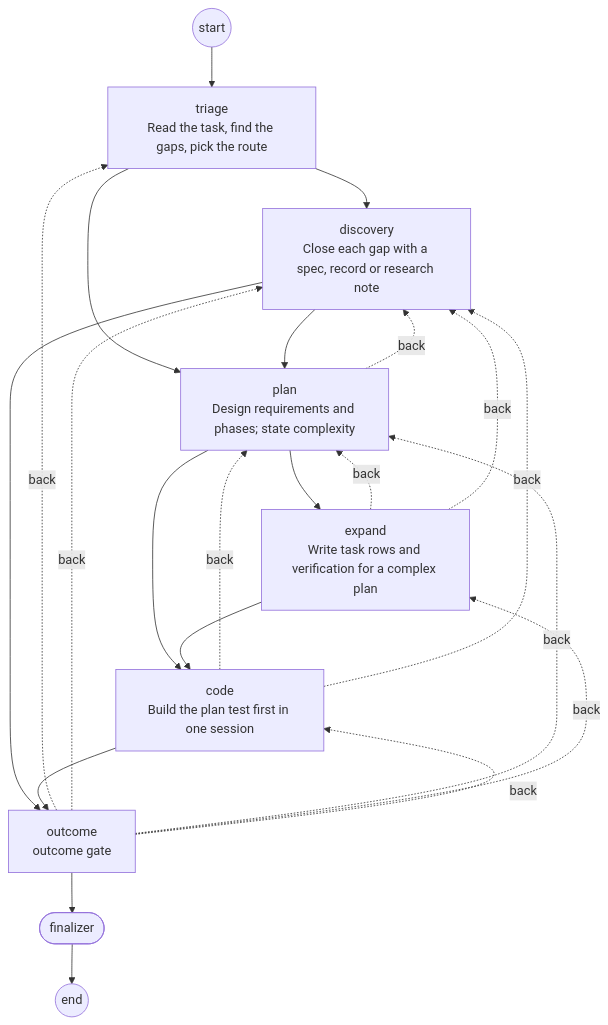
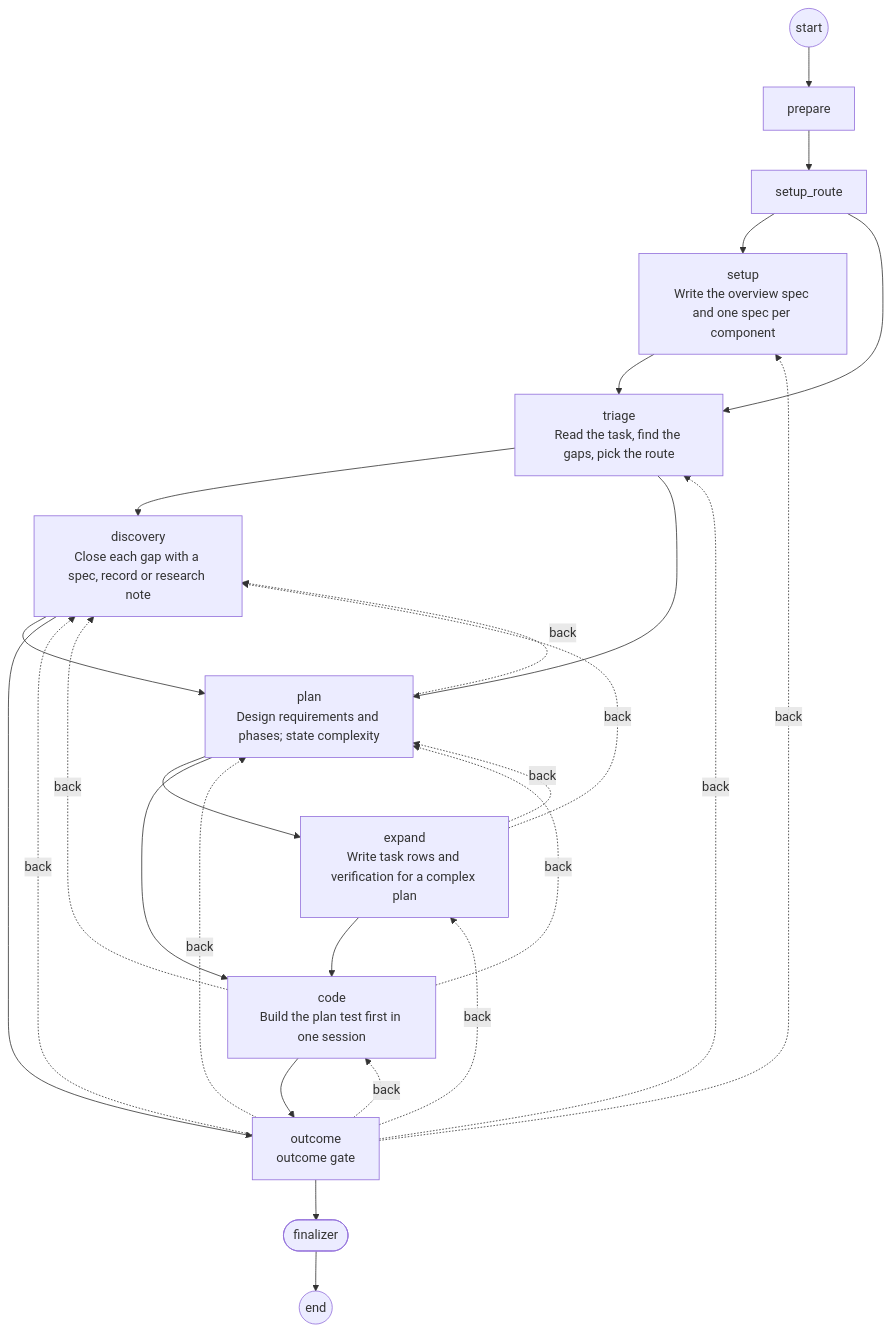
One commit to dbr0vskyi/tempergraph changed the diagram in plugins/temperspec-tgraph/diagram/workflow.md. Above: the diagram before and after it, drawn with Mermaid. The commit also changed 90 other files, not shown here.

````diff
--- a/plugins/temperspec-tgraph/diagram/workflow.md
+++ b/plugins/temperspec-tgraph/diagram/workflow.md
@@ -1,34 +1,42 @@
 ```mermaid
 flowchart TD
   start((start))
-  u0["triage<br/>Read the task, find the gaps, pick the route"]
-  u1["discovery<br/>Close each gap with a spec, record or research note"]
-  u2["plan<br/>Design requirements and phases; state complexity"]
-  u3["expand<br/>Write task rows and verification for a complex plan"]
-  u4["code<br/>Build the plan test first in one session"]
-  u5["outcome<br/>outcome gate"]
+  u0["prepare"]
+  u1["setup_route"]
+  u2["setup<br/>Write the overview spec and one spec per component"]
+  u3["triage<br/>Read the task, find the gaps, pick the route"]
+  u4["discovery<br/>Close each gap with a spec, record or research note"]
+  u5["plan<br/>Design requirements and phases; state complexity"]
+  u6["expand<br/>Write task rows and verification for a complex plan"]
+  u7["code<br/>Build the plan test first in one session"]
+  u8["outcome<br/>outcome gate"]
   fin([finalizer])
   stop((end))
   start --> u0
   u0 --> u1
-  u0 --> u2
   u1 --> u2
-  u1 --> u5
+  u1 --> u3
   u2 --> u3
-  u2 --> u4
-  u2 -.->|back| u1
   u3 --> u4
-  u3 -.->|back| u2
-  u3 -.->|back| u1
+  u3 --> u5
   u4 --> u5
-  u4 -.->|back| u2
-  u4 -.->|back| u1
-  u5 --> fin
-  u5 -.->|back| u0
-  u5 -.->|back| u1
-  u5 -.->|back| u2
-  u5 -.->|back| u3
+  u4 --> u8
+  u5 --> u6
+  u5 --> u7
   u5 -.->|back| u4
+  u6 --> u7
+  u6 -.->|back| u5
+  u6 -.->|back| u4
+  u7 --> u8
+  u7 -.->|back| u5
+  u7 -.->|back| u4
+  u8 --> fin
+  u8 -.->|back| u2
+  u8 -.->|back| u3
+  u8 -.->|back| u4
+  u8 -.->|back| u5
+  u8 -.->|back| u6
+  u8 -.->|back| u7
   fin --> stop
 
 ```
````
